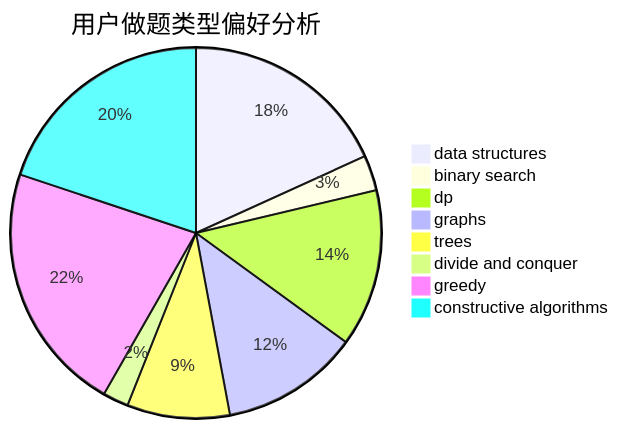
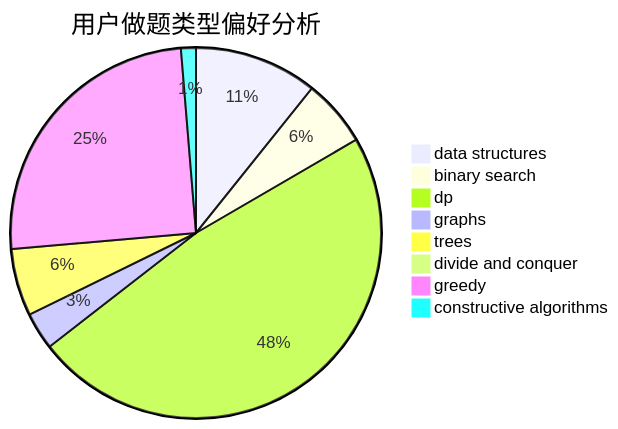
Before and after one commit to sherpahu/cfrs.github.io: the second of 3 diagrams in docs/user/u2291.md, drawn with Mermaid. The commit also changed other lines of this file and 2770 other files, not shown here.

````diff
--- a/docs/user/u2291.md
+++ b/docs/user/u2291.md
@@ -23,11 +23,11 @@
 ```mermaid
 pie title 用户做题类型偏好分析
-    "data structures" :  65
-    "binary search" :  11
-    "dp" :  49
-    "graphs" :  43
-    "trees" :  32
-    "divide and conquer" :  8
-    "greedy" :  78
-    "constructive algorithms" :  71
+    "data structures" :  33
+    "binary search" :  18
+    "dp" :  147
+    "graphs" :  10
+    "trees" :  18
+    "divide and conquer" :  0
+    "greedy" :  77
+    "constructive algorithms" :  4
 ```
````
